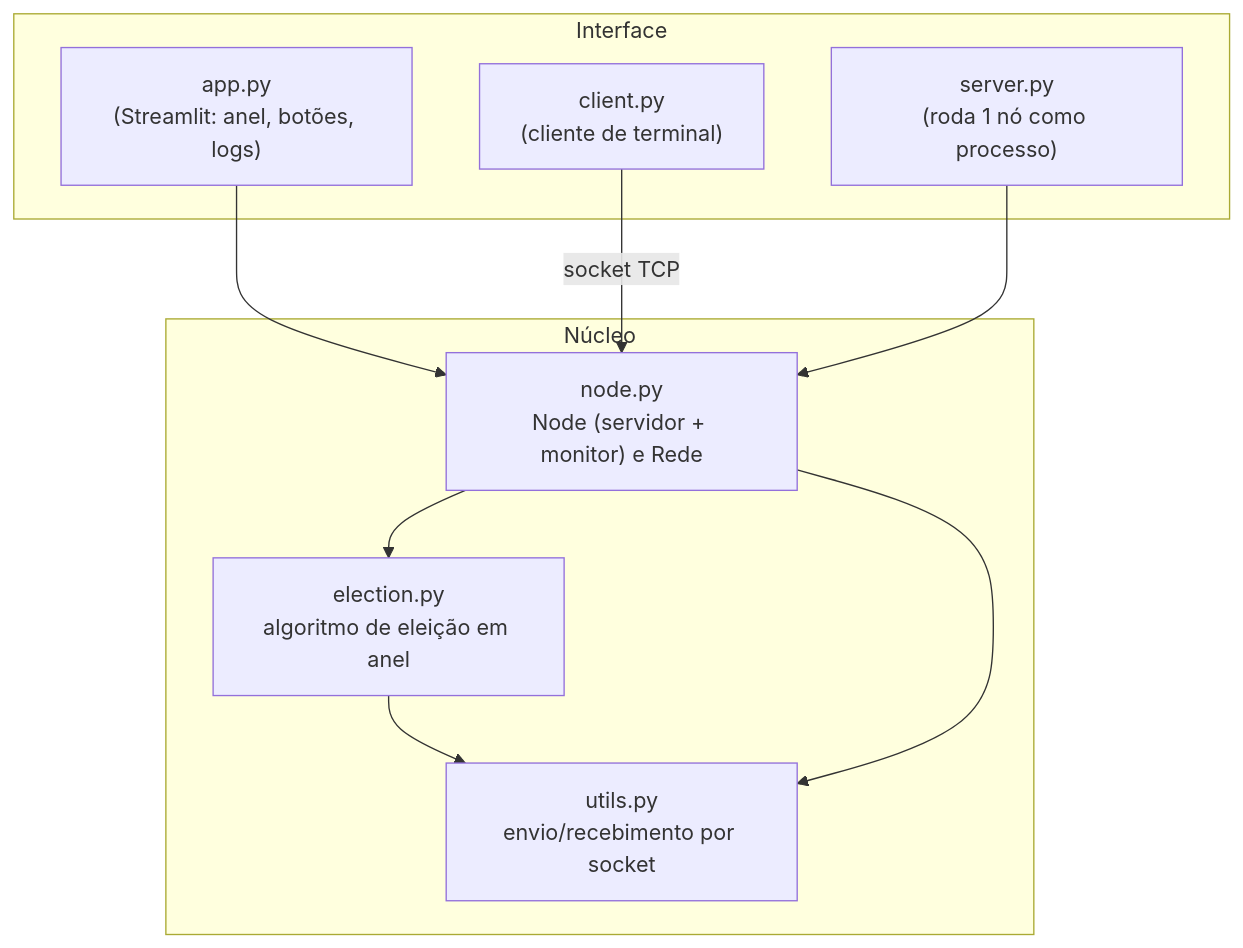
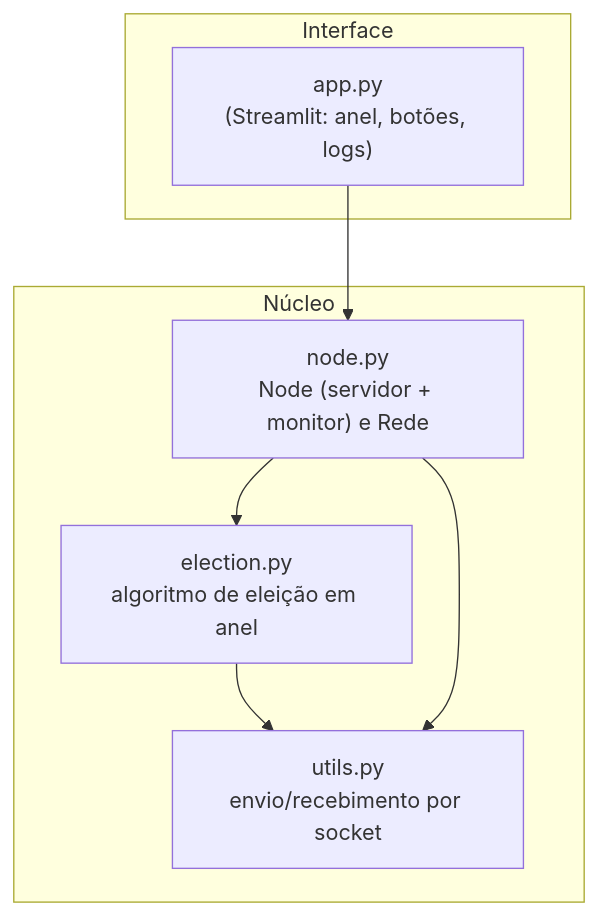
The second of 3 diagrams in docs/RELATORIO.md (JulioAmaral007/Algoritmo-Eleicao-Anel), drawn with Mermaid before and after one commit. The commit also changed other lines of this file and 5 other files, not shown here.

Commit message:
chore: remove unused client and server files, update documentation accordingly

````diff
--- a/docs/RELATORIO.md
+++ b/docs/RELATORIO.md
@@ -81,19 +81,15 @@
 ```mermaid
 flowchart TD
     subgraph Interface
       APP["app.py<br/>(Streamlit: anel, botões, logs)"]
-      CLI["client.py<br/>(cliente de terminal)"]
-      SRV["server.py<br/>(roda 1 nó como processo)"]
     end
     subgraph Núcleo
       NODE["node.py<br/>Node (servidor + monitor) e Rede"]
       ELEC["election.py<br/>algoritmo de eleição em anel"]
       UTIL["utils.py<br/>envio/recebimento por socket"]
     end
     APP --> NODE
-    CLI -->|socket TCP| NODE
-    SRV --> NODE
     NODE --> ELEC
     ELEC --> UTIL
     NODE --> UTIL
 ```
````
